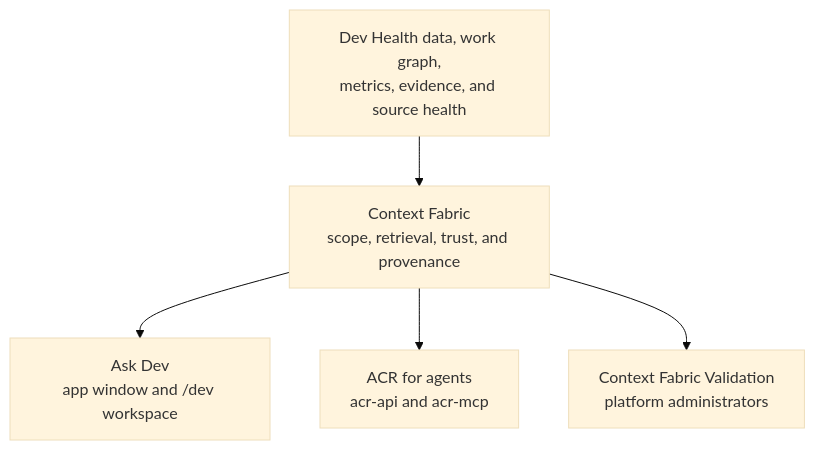
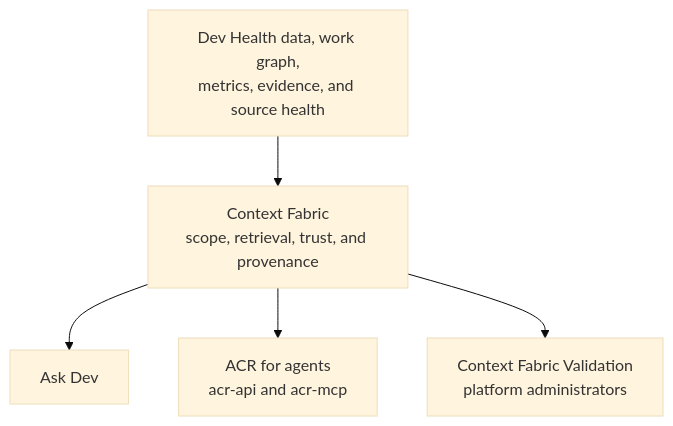
Before and after one commit to full-chaos/dev-health-ops: the diagram in docs/use/ai-workflows/index.md, drawn with Mermaid (base theme). The commit also changed other lines of this file and 24 other files, not shown here.

````diff
--- a/docs/use/ai-workflows/index.md
+++ b/docs/use/ai-workflows/index.md
@@ -81,7 +80,7 @@
 ```mermaid
 flowchart TB
     DH["Dev Health data, work graph,<br/>metrics, evidence, and source health"] --> CF["Context Fabric<br/>scope, retrieval, trust, and provenance"]
-    CF --> ASK["Ask Dev<br/>app window and /dev workspace"]
+    CF --> ASK["Ask Dev"]
     CF --> ACR["ACR for agents<br/>acr-api and acr-mcp"]
     CF --> VAL["Context Fabric Validation<br/>platform administrators"]
 ```
````
